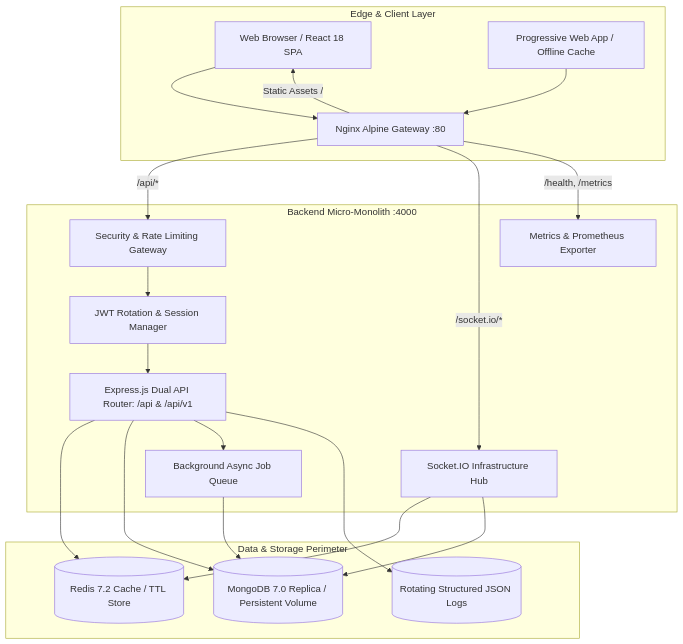
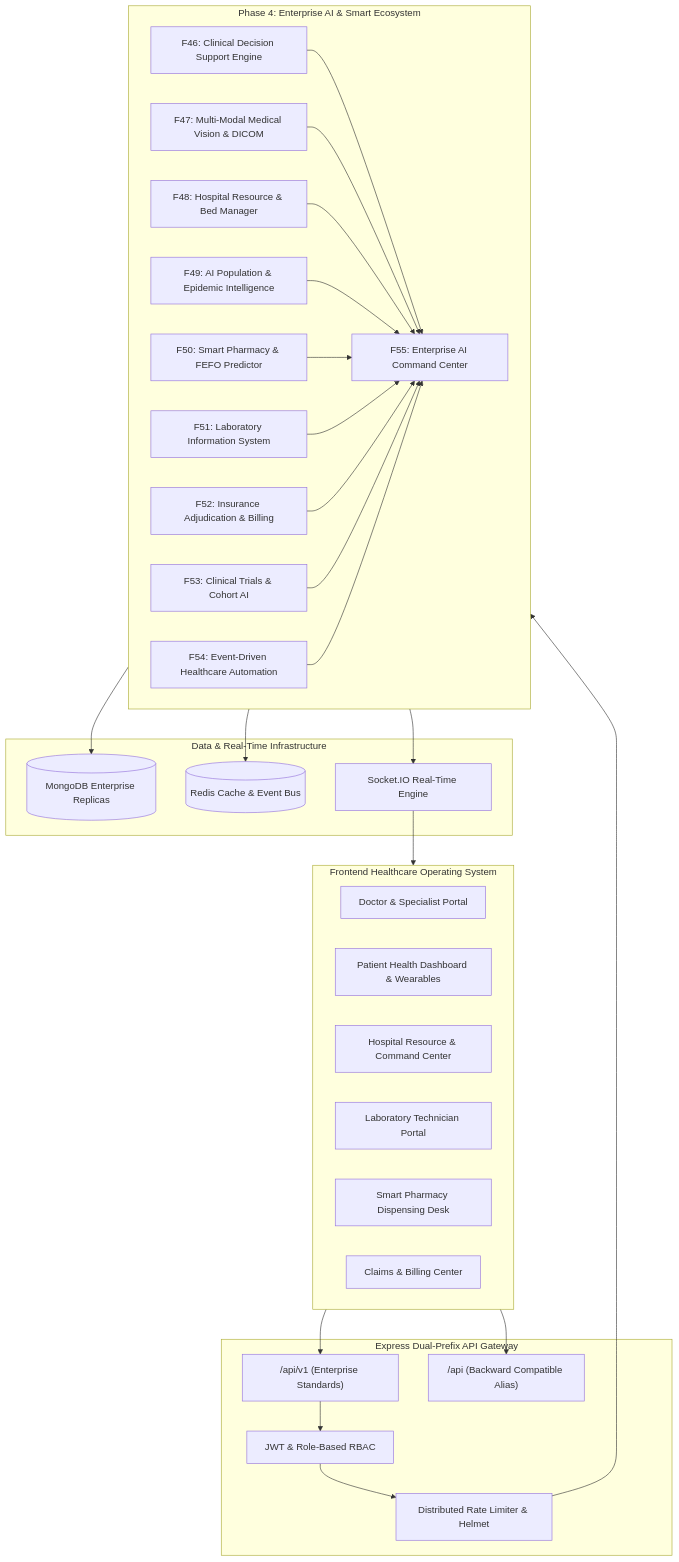
One commit to Ashmita1206/HealthSphere changed the diagram in architecture.md. Above: the diagram before and after it, drawn with Mermaid. The commit also changed other lines of this file and 7 other files, not shown here.

Commit message:
feat(ai): complete enterprise healthcare operating system

````diff
--- a/architecture.md
+++ b/architecture.md
@@ -37,40 +11,57 @@
 ```mermaid
 graph TD
-  subgraph Client_Perimeter [Edge & Client Layer]
-    WebBrowser[Web Browser / React 18 SPA]
-    MobilePWA[Progressive Web App / Offline Cache]
-    NginxProxy[Nginx Alpine Gateway :80]
+  subgraph Client_Layer [Frontend Healthcare Operating System]
+    UI_Doctor[Doctor & Specialist Portal]
+    UI_Patient[Patient Health Dashboard & Wearables]
+    UI_Admin[Hospital Resource & Command Center]
+    UI_LIS[Laboratory Technician Portal]
+    UI_Pharmacy[Smart Pharmacy Dispensing Desk]
+    UI_Finance[Claims & Billing Center]
   end
 
-  subgraph App_Cluster [Backend Micro-Monolith :4000]
-    SecurityGateway[Security & Rate Limiting Gateway]
-    AuthEngine[JWT Rotation & Session Manager]
-    RestAPI[Express.js Dual API Router: /api & /api/v1]
-    RealtimeHub[Socket.IO Infrastructure Hub]
-    WorkerQueue[Background Async Job Queue]
-    PrometheusRegistry[Metrics & Prometheus Exporter]
+  subgraph API_Gateway_Layer [Express Dual-Prefix API Gateway]
+    Gateway_v1["/api/v1 (Enterprise Standards)"]
+    Gateway_legacy["/api (Backward Compatible Alias)"]
+    Auth_Middleware[JWT & Role-Based RBAC]
+    Rate_Limiter[Distributed Rate Limiter & Helmet]
   end
 
-  subgraph State_Storage [Data & Storage Perimeter]
-    MongoCluster[(MongoDB 7.0 Replica / Persistent Volume)]
-    RedisCache[(Redis 7.2 Cache / TTL Store)]
-    DiskLogs[(Rotating Structured JSON Logs)]
+  subgraph Phase4_Enterprise_AI [Phase 4: Enterprise AI & Smart Ecosystem]
+    F46_CDSS[F46: Clinical Decision Support Engine]
+    F47_Imaging[F47: Multi-Modal Medical Vision & DICOM]
+    F48_Resources[F48: Hospital Resource & Bed Manager]
+    F49_Population[F49: AI Population & Epidemic Intelligence]
+    F50_Pharmacy[F50: Smart Pharmacy & FEFO Predictor]
+    F51_LIS[F51: Laboratory Information System]
+    F52_Billing[F52: Insurance Adjudication & Billing]
+    F53_Research[F53: Clinical Trials & Cohort AI]
+    F54_Automation[F54: Event-Driven Healthcare Automation]
+    F55_Command[F55: Enterprise AI Command Center]
   end
 
-  WebBrowser --> NginxProxy
-  MobilePWA --> NginxProxy
-  NginxProxy -->|/api/*| SecurityGateway
-  NginxProxy -->|/socket.io/*| RealtimeHub
-  NginxProxy -->|/health, /metrics| PrometheusRegistry
-  NginxProxy -->|Static Assets /| WebBrowser
+  subgraph Persistence_Realtime [Data & Real-Time Infrastructure]
+    Mongo[(MongoDB Enterprise Replicas)]
+    Redis[(Redis Cache & Event Bus)]
+    SocketIO[Socket.IO Real-Time Engine]
+  end
 
-  SecurityGateway --> AuthEngine
-  AuthEngine --> RestAPI
-  RestAPI --> RedisCache
-  RestAPI --> MongoCluster
-  RestAPI --> WorkerQueue
-  RealtimeHub --> RedisCache
-  RealtimeHub --> MongoCluster
-  WorkerQueue --> MongoCluster
-  RestAPI --> DiskLogs
+  Client_Layer --> Gateway_v1
+  Client_Layer --> Gateway_legacy
+  Gateway_v1 --> Auth_Middleware --> Rate_Limiter
+  Rate_Limiter --> Phase4_Enterprise_AI
+
+  F46_CDSS --> F55_Command
+  F47_Imaging --> F55_Command
+  F48_Resources --> F55_Command
+  F49_Population --> F55_Command
+  F50_Pharmacy --> F55_Command
+  F51_LIS --> F55_Command
+  F52_Billing --> F55_Command
+  F53_Research --> F55_Command
+  F54_Automation --> F55_Command
+
+  Phase4_Enterprise_AI --> Mongo
+  Phase4_Enterprise_AI --> Redis
+  Phase4_Enterprise_AI --> SocketIO
+  SocketIO --> Client_Layer
 ```
````
